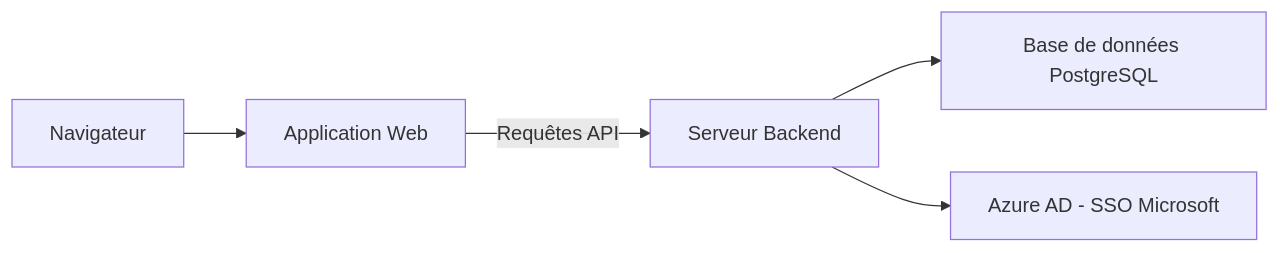
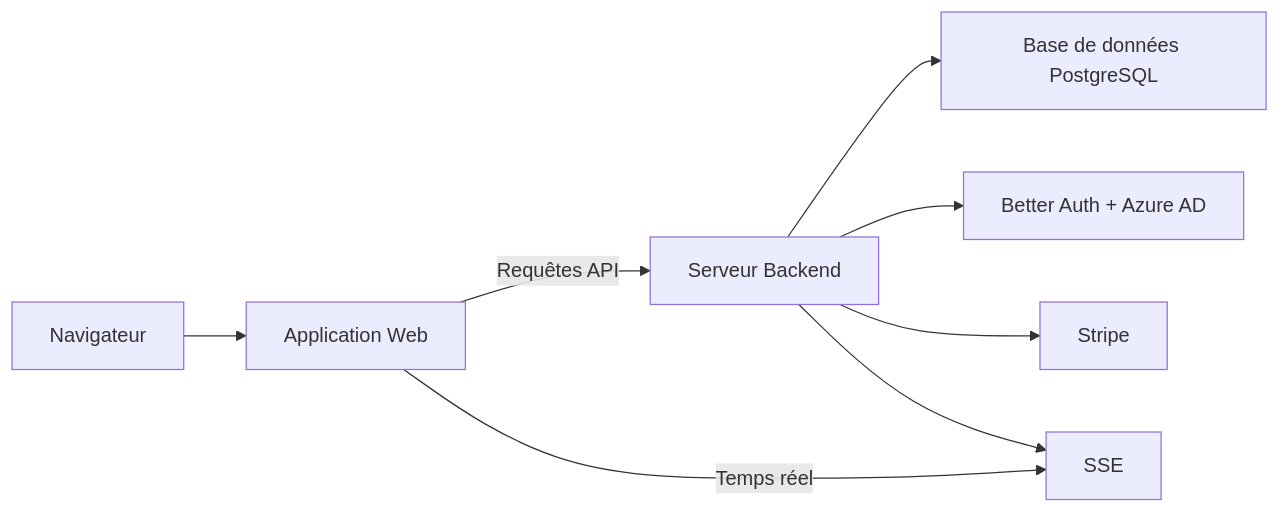
One commit to Wifsimster/copro-pilot changed the first of 4 diagrams in docs/architecture.md. Above: the diagram before and after it, drawn with Mermaid. The commit also changed other lines of this file and 4 other files, not shown here.

````diff
--- a/docs/architecture.md
+++ b/docs/architecture.md
@@ -7,7 +7,10 @@
 ```mermaid
 graph LR
     A[Navigateur] --> B[Application Web]
     B -->|Requêtes API| C[Serveur Backend]
+    B -->|Temps réel| G[SSE]
     C --> D[Base de données PostgreSQL]
-    C --> E[Azure AD - SSO Microsoft]
+    C --> E[Better Auth + Azure AD]
+    C --> F[Stripe]
+    C --> G
 ```
````
